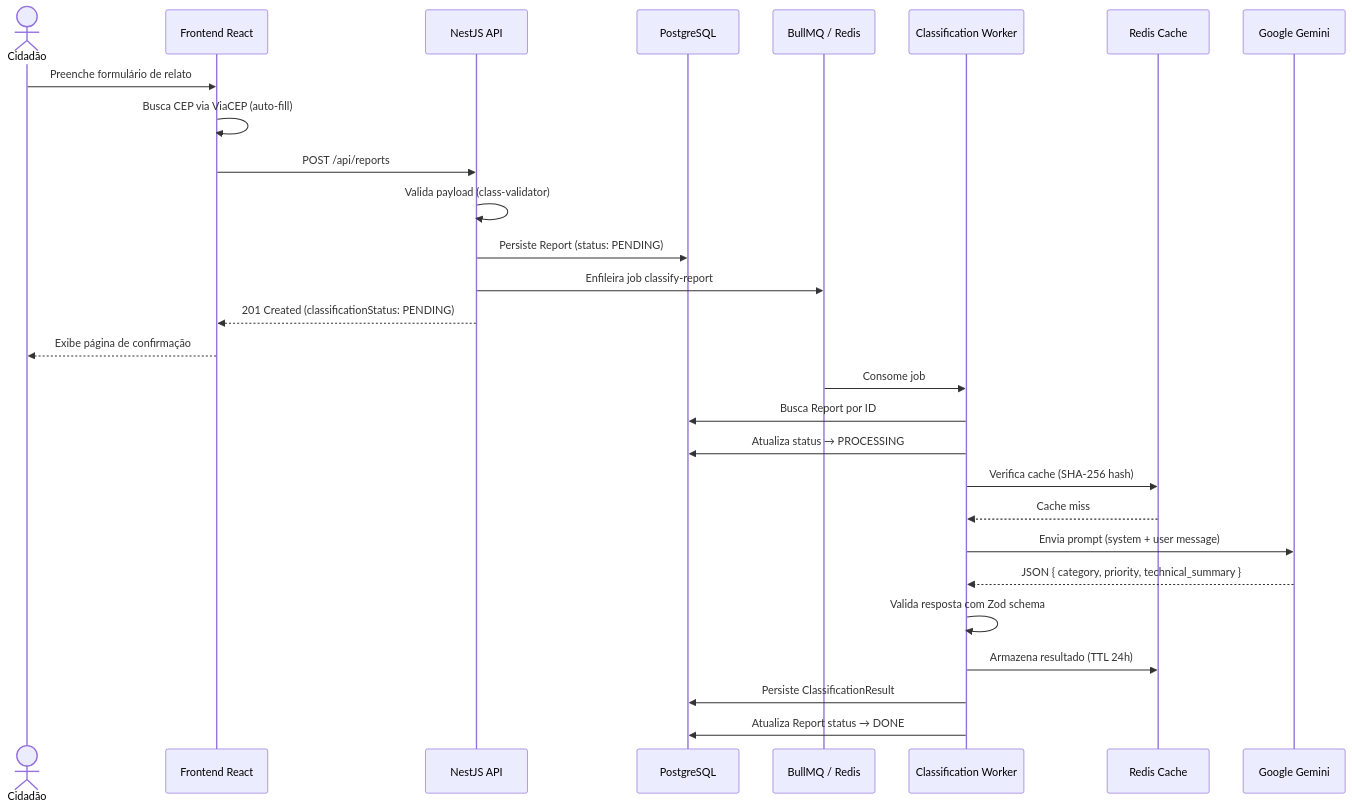
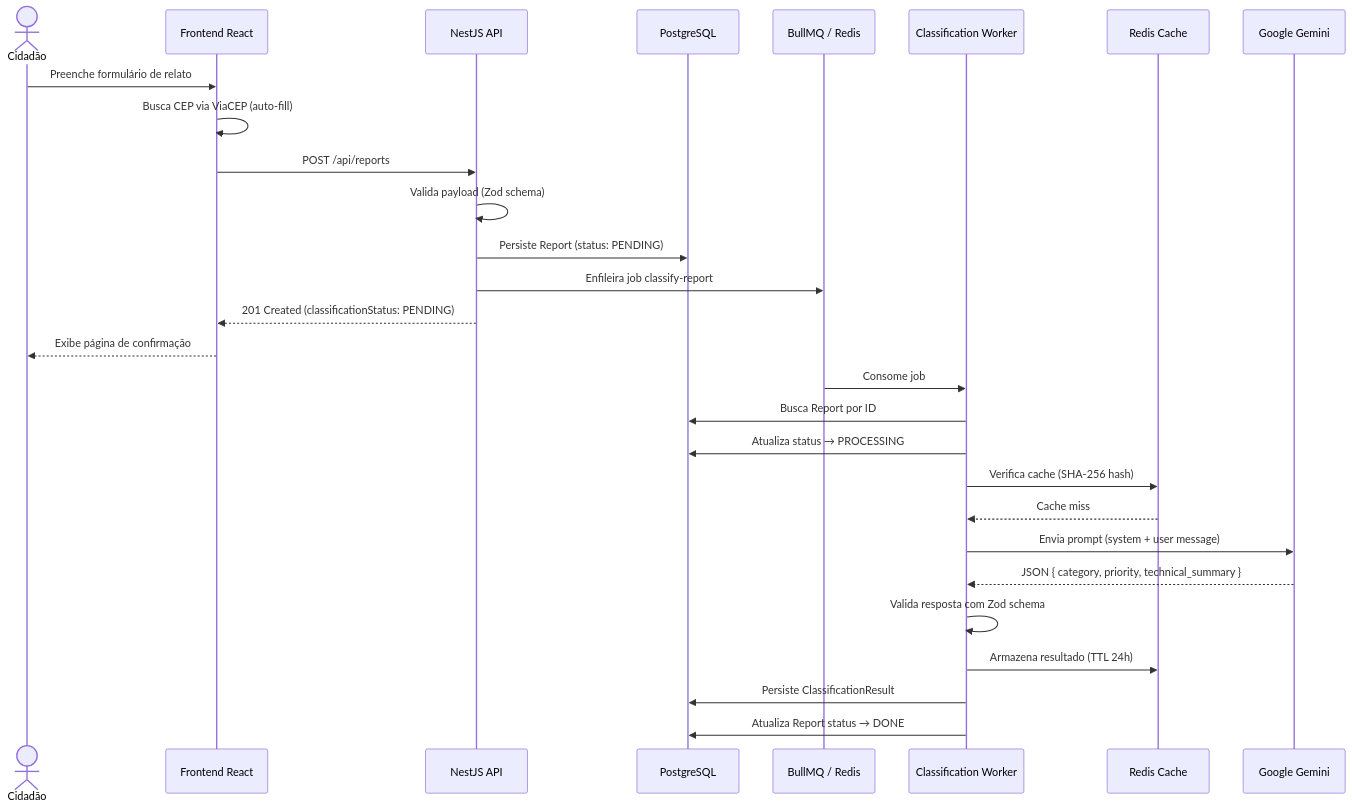
One commit to kewincosta/colab-challenger changed the first of 2 diagrams in README.md. Above: the diagram before and after it, drawn with Mermaid. The commit also changed other lines of this file and 13 other files, not shown here.

First line of the commit message:
refactor: replace class-validator with Zod for HTTP payload validation

````diff
--- a/README.md
+++ b/README.md
@@ -160,32 +173,32 @@
 ```mermaid
 sequenceDiagram
     actor Cidadão
     participant Web as Frontend React
     participant API as NestJS API
     participant DB as PostgreSQL
     participant Queue as BullMQ / Redis
     participant Worker as Classification Worker
     participant Cache as Redis Cache
     participant AI as Google Gemini
 
     Cidadão->>Web: Preenche formulário de relato
     Web->>Web: Busca CEP via ViaCEP (auto-fill)
     Web->>API: POST /api/reports
-    API->>API: Valida payload (class-validator)
+    API->>API: Valida payload (Zod schema)
     API->>DB: Persiste Report (status: PENDING)
     API->>Queue: Enfileira job classify-report
     API-->>Web: 201 Created (classificationStatus: PENDING)
     Web-->>Cidadão: Exibe página de confirmação
 
     Queue->>Worker: Consome job
     Worker->>DB: Busca Report por ID
     Worker->>DB: Atualiza status → PROCESSING
     Worker->>Cache: Verifica cache (SHA-256 hash)
     Cache-->>Worker: Cache miss
     Worker->>AI: Envia prompt (system + user message)
     AI-->>Worker: JSON { category, priority, technical_summary }
     Worker->>Worker: Valida resposta com Zod schema
     Worker->>Cache: Armazena resultado (TTL 24h)
     Worker->>DB: Persiste ClassificationResult
     Worker->>DB: Atualiza Report status → DONE
 ```
````
